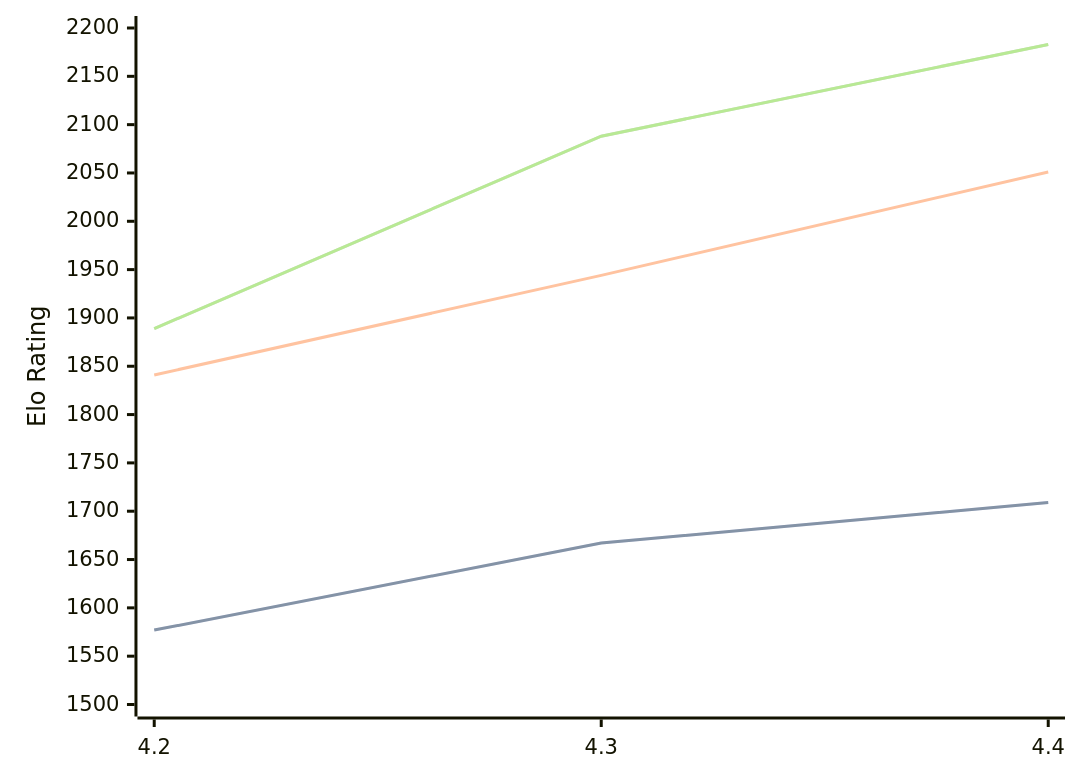
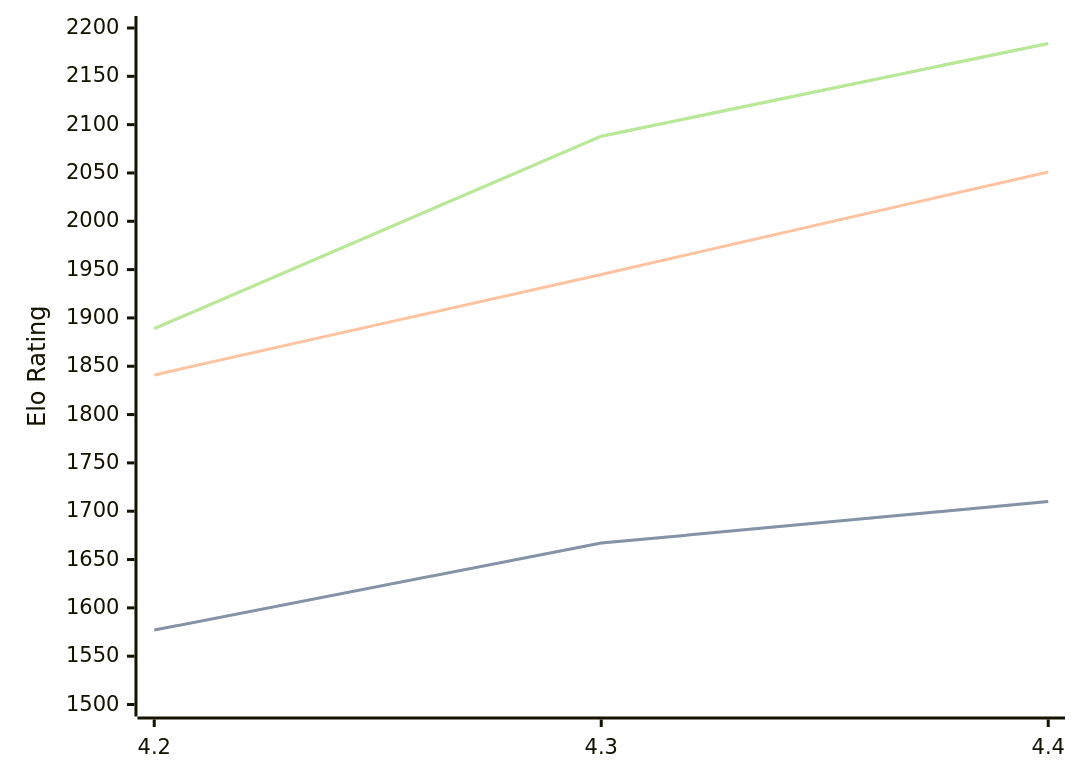
Before and after one commit to computer-chess-index/cci: the first of 3 diagrams in engines/Radiance.md, drawn with Mermaid. The commit also changed other lines of this file, not shown here.

Commit message:
Update CCI Ratings (ELO VLTC) - 2026-06-23

````diff
--- a/engines/Radiance.md
+++ b/engines/Radiance.md
@@ -36,11 +36,11 @@
 ```mermaid
 %%{init: {"theme":"base","themeVariables":{"seriesColors:['#a3a3a3','#222221','#faa371']}}}%%
 xychart-beta
   x-axis ["4.2", "4.3", "4.4"]
   y-axis "Elo Rating" 1500 --> 2200
-  line "STC (8.0+0.08s)" [1577, 1667, 1709]
-  line "STC (8.0+0.08s)" [1577, 1667, 1709]
-  line "LTC (60.0+0.60s)" [1841, 1944, 2051]
-  line "VLTC (2m24s+1.12s)" [1889, 2088, 2183]
-  line "VLTC (2m24s+1.12s)" [1889, 2088, 2183]
+  line "STC (8.0+0.08s)" [1577, 1667, 1710]
+  line "STC (8.0+0.08s)" [1577, 1667, 1710]
+  line "LTC (60.0+0.60s)" [1841, 1945, 2051]
+  line "VLTC (2m24s+1.12s)" [1889, 2088, 2184]
+  line "VLTC (2m24s+1.12s)" [1889, 2088, 2184]
 ```
````
